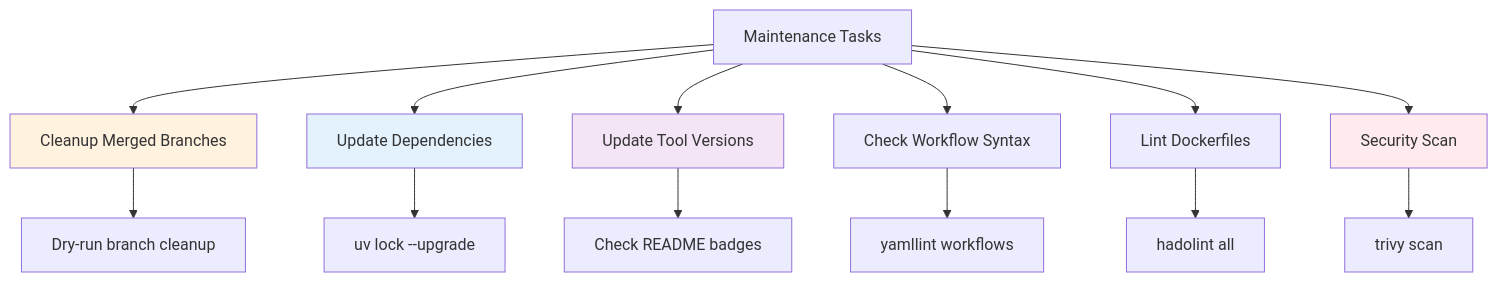
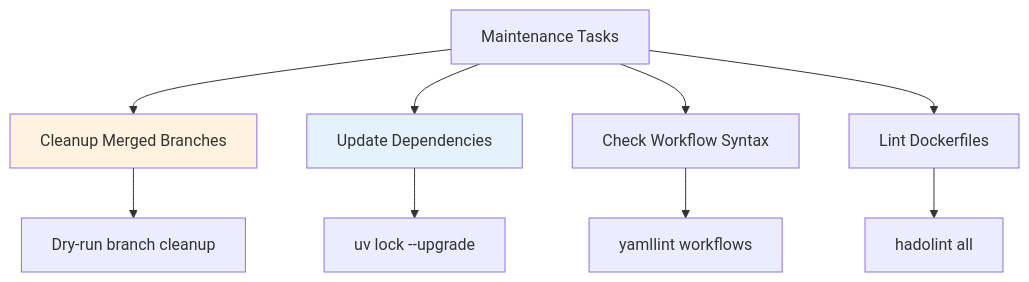
Before and after one commit to malpanez/ansible-devcontainer-vscode: the fourth of 8 diagrams in docs/VSCODE_WORKFLOW.md, drawn with Mermaid. The commit also changed other lines of this file and 26 other files, not shown here.

````diff
--- a/docs/VSCODE_WORKFLOW.md
+++ b/docs/VSCODE_WORKFLOW.md
@@ -140,21 +140,15 @@
 ```mermaid
 graph TD
     A[Maintenance Tasks] --> B[Cleanup Merged Branches]
     A --> C[Update Dependencies]
-    A --> D[Update Tool Versions]
     A --> E[Check Workflow Syntax]
     A --> F[Lint Dockerfiles]
-    A --> G[Security Scan]
 
     B --> H[Dry-run branch cleanup]
     C --> I[uv lock --upgrade]
-    D --> J[Check README badges]
     E --> K[yamllint workflows]
     F --> L[hadolint all]
-    G --> M[trivy scan]
 
     style B fill:#fff3e0
     style C fill:#e3f2fd
-    style D fill:#f3e5f5
-    style G fill:#ffebee
 ```
````
